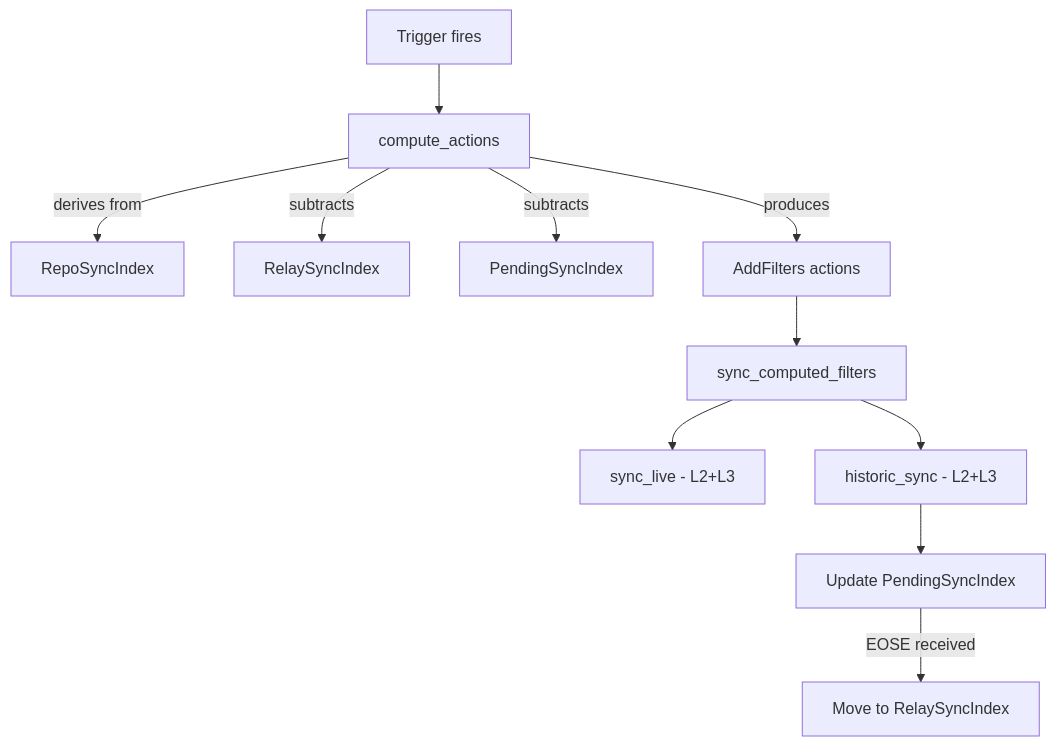
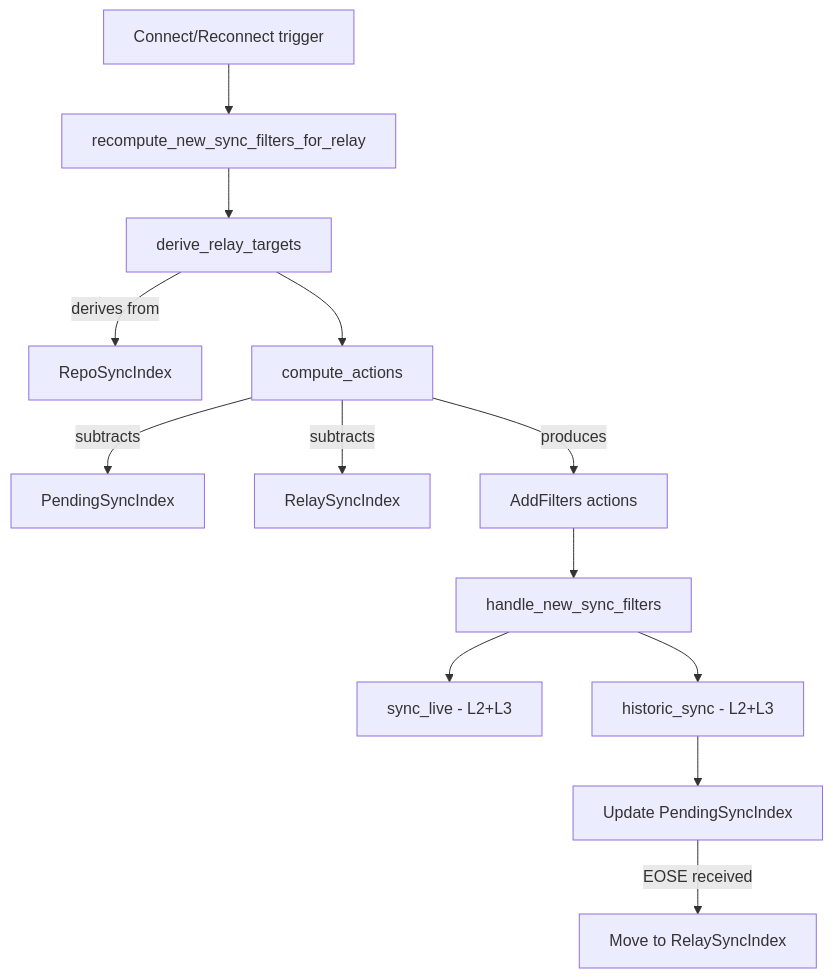
One commit to Pleb5/ngit-grasp changed the third of 12 diagrams in docs/explanation/grasp-02-proactive-sync.md. Above: the diagram before and after it, drawn with Mermaid. The commit also changed other lines of this file, not shown here.

Commit message:
docs: sync updates to reflect changes

````diff
--- a/docs/explanation/grasp-02-proactive-sync.md
+++ b/docs/explanation/grasp-02-proactive-sync.md
@@ -264,13 +291,15 @@
 ```mermaid
 flowchart TB
-    TRIGGER[Trigger fires] --> CA[compute_actions]
-    CA --> |derives from| RSI[RepoSyncIndex]
+    TRIGGER[Connect/Reconnect trigger] --> RECOMPUTE[recompute_new_sync_filters_for_relay]
+    RECOMPUTE --> DRT[derive_relay_targets]
+    DRT --> |derives from| RSI[RepoSyncIndex]
+    DRT --> CA[compute_actions]
+    CA --> |subtracts| PSI[PendingSyncIndex]
     CA --> |subtracts| RLI[RelaySyncIndex]
-    CA --> |subtracts| PSI[PendingSyncIndex]
     CA --> |produces| AF[AddFilters actions]
-    AF --> SFRE[sync_computed_filters]
-    SFRE --> LIVE[sync_live - L2+L3]
-    SFRE --> HIST[historic_sync - L2+L3]
+    AF --> HNSF[handle_new_sync_filters]
+    HNSF --> LIVE[sync_live - L2+L3]
+    HNSF --> HIST[historic_sync - L2+L3]
     HIST --> PSI_UPDATE[Update PendingSyncIndex]
     PSI_UPDATE --> |EOSE received| CONFIRM[Move to RelaySyncIndex]
 ```
````
